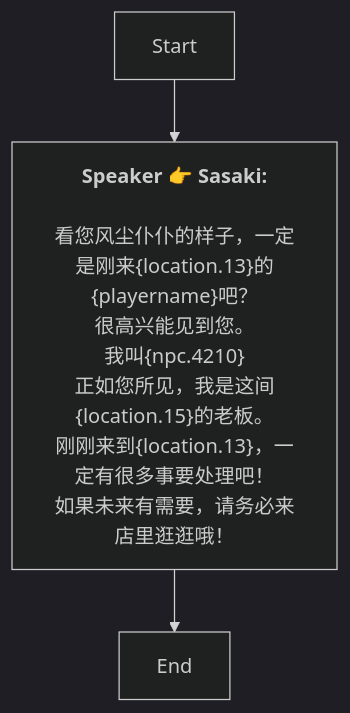
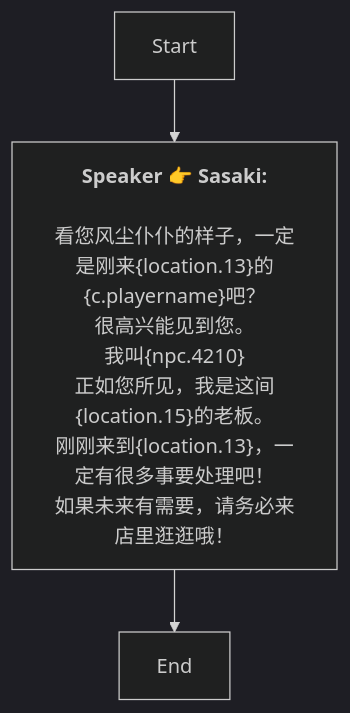
Before and after one commit to SoftHu/tos_avg: the diagram in Zh/AddDialogNode_1741913201187106.md, drawn with Mermaid (dark theme). The commit also changed 410 other files, not shown here.

````diff
--- a/Zh/AddDialogNode_1741913201187106.md
+++ b/Zh/AddDialogNode_1741913201187106.md
@@ -1,10 +1,10 @@
 ```mermaid
 graph
 Start -->1741913256429861[<b>Speaker 👉 Sasaki:</b>
-\n看您风尘仆仆的样子，一定是刚来&lbrace;location.13&rbrace;的&lbrace;playername&rbrace;吧？
+\n看您风尘仆仆的样子，一定是刚来&lbrace;location.13&rbrace;的&lbrace;c.playername&rbrace;吧？
 很高兴能见到您。\n我叫&lbrace;npc.4210&rbrace;
 正如您所见，我是这间&lbrace;location.15&rbrace;的老板。\n刚刚来到&lbrace;location.13&rbrace;，一定有很多事要处理吧！
 如果未来有需要，请务必来店里逛逛哦！]
 1741913256429861 -->1741913522488614[End]
 
 ```
````
